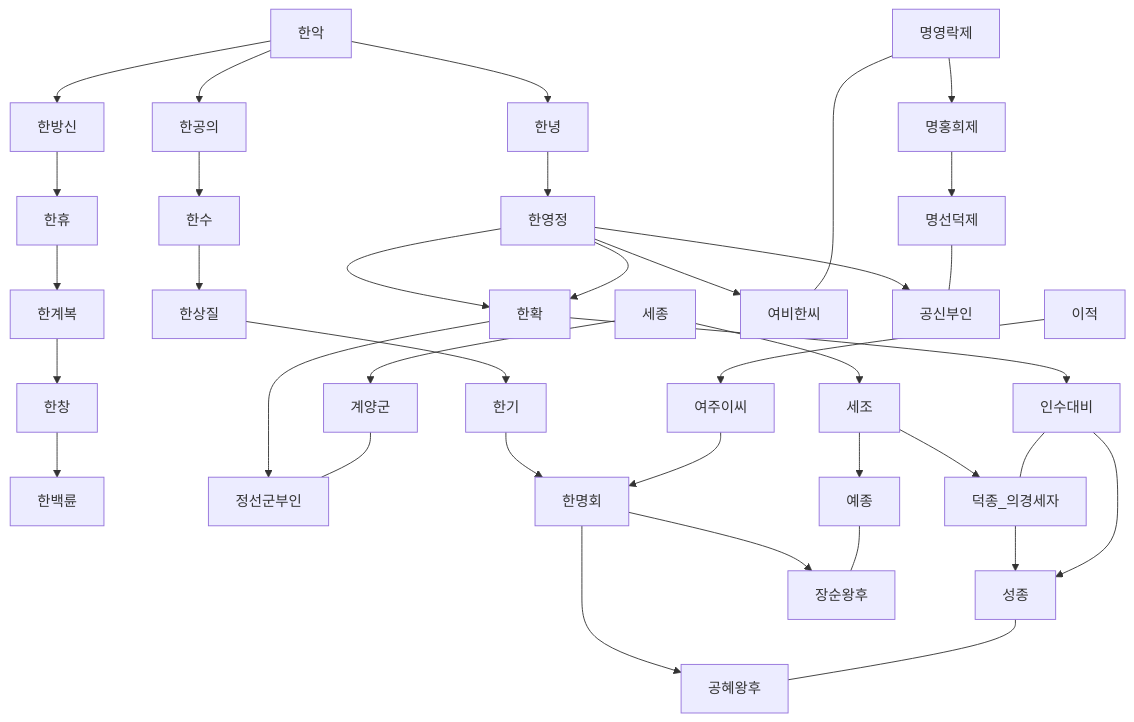
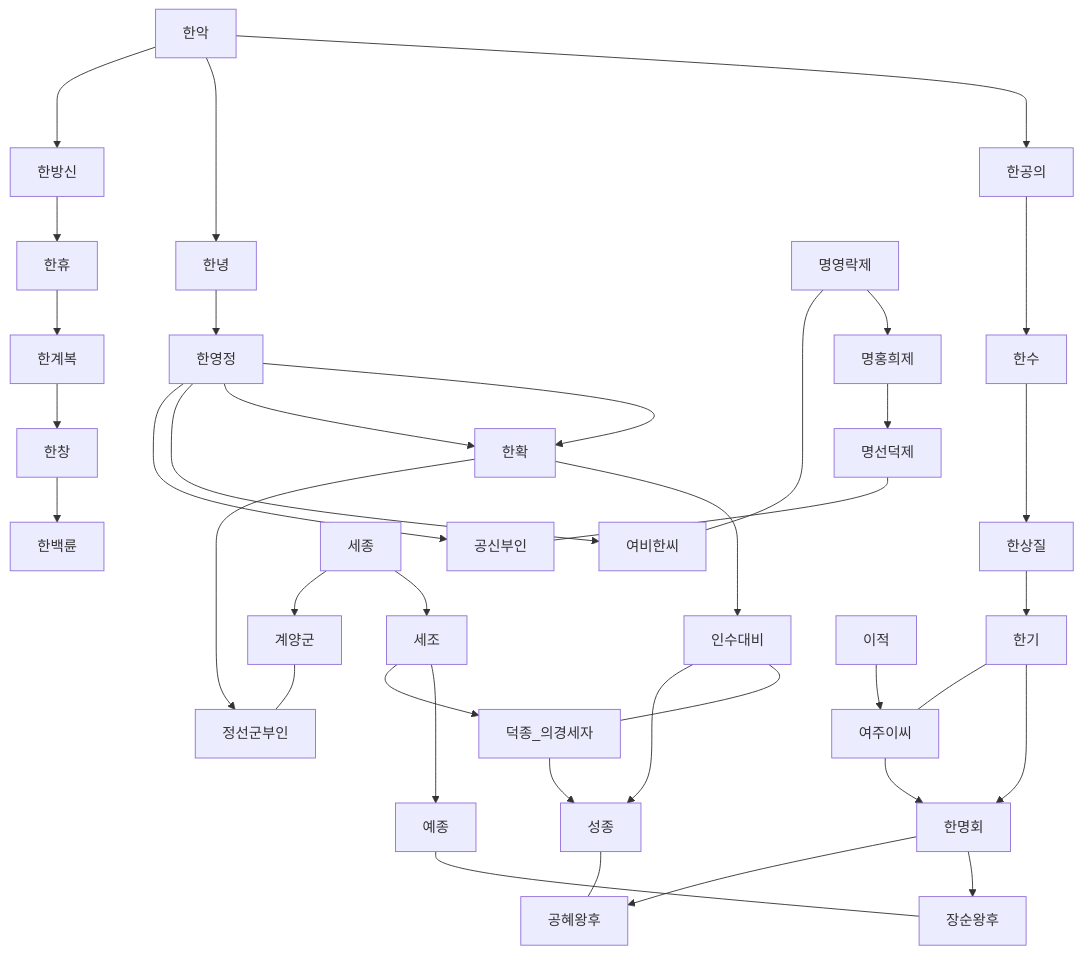
One commit to daewonyoon/historigram changed the diagram in 한국사/청주한시가계도.md. Above: the diagram before and after it, drawn with Mermaid. The commit also changed 3 other files, not shown here.

````diff
--- a/한국사/청주한시가계도.md
+++ b/한국사/청주한시가계도.md
@@ -2,39 +2,40 @@
 ```mermaid
 graph TD
 
-    한악 --> 한공의 --> 한수 --> 한상질
-    한악 --> 한녕 --> 한영정 --> 한확
-    한악 --> 한방신 --> 한휴 --> 한계복 --> 한창 --> 한백륜
+    한악 ---> 한공의 ---> 한수 ---> 한상질
+    한악 ---> 한녕 --> 한영정 --> 한확
+    한악 ---> 한방신 --> 한휴 --> 한계복 --> 한창 --> 한백륜
 
-    한영정 --> 한확 --> 인수대비
+    한영정 --> 한확 ---> 인수대비
     한확 --> 정선군부인
 
     세조 --> 예종
     세종 --> 세조 --> 덕종_의경세자 --> 성종
 
     인수대비 --- 덕종_의경세자
 
     명영락제 --> 명홍희제 --> 명선덕제
     세종 --> 계양군
     계양군 --- 정선군부인
 
 
-    한영정 --> 여비한씨
-    한영정 --> 공신부인
+    한영정 ---> 여비한씨
+    한영정 ---> 공신부인
 
     명영락제 --- 여비한씨
     명선덕제 --- 공신부인
 
 
     한상질 --> 한기 --> 한명회
+    한기 --- 여주이씨
 
     이적 --> 여주이씨 --> 한명회
 
     한명회 --> 장순왕후
     한명회 --> 공혜왕후
 
     예종 --- 장순왕후
     인수대비 --> 성종
     성종 --- 공혜왕후
 
 ```
````
